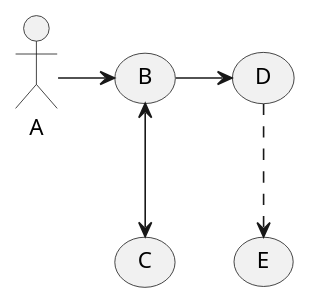
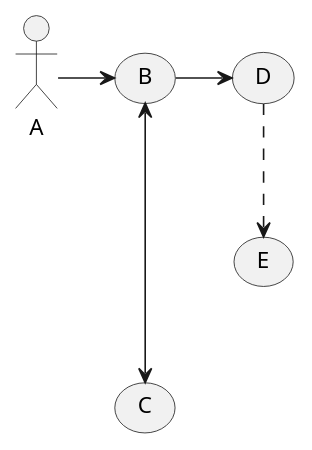
The diagram in diagrams/simple.puml (nikhaxuall/plantuml), drawn with PlantUML before and after one commit. The commit also changed 1 other file, not shown here.

```diff
--- a/diagrams/simple.puml
+++ b/diagrams/simple.puml
@@ -1,7 +1,7 @@
 @startuml simple
 'left to right direction
 A -> (B)
-(B) <--> (C)
+(B) <---> (C)
 (B) -> (D)
 (D) ..> (E)
 @enduml
```
